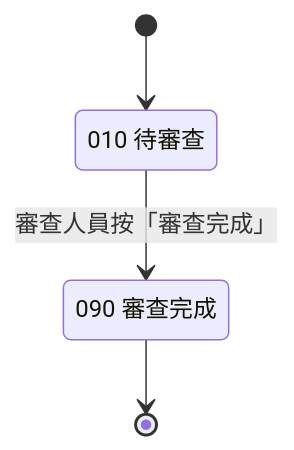
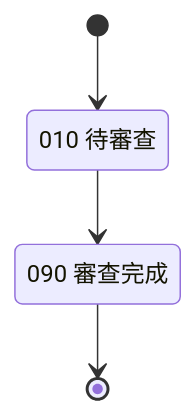
One commit to jonny50905/MCPSample changed the fourth of 4 diagrams in docs/design/spec-schema-framework/examples/gate/input/status-CASE_STATUS.md. Above: the diagram before and after it, drawn with Mermaid. The commit also changed other lines of this file and 42 other files, not shown here.

First line of the commit message:
docs(design): issue #37 不規定 Mermaid 畫法——狀態圖改由三位讀者解讀、外環逐行檢查並多數決（D24）

````diff
--- a/docs/design/spec-schema-framework/examples/gate/input/status-CASE_STATUS.md
+++ b/docs/design/spec-schema-framework/examples/gate/input/status-CASE_STATUS.md
@@ -78,8 +60,8 @@
 ```mermaid
 stateDiagram-v2
     state "010 待審查" as D010
     state "090 審查完成" as D090
     [*] --> D010
-    D010 --> D090 : 審查人員按「審查完成」
+    D010 --> D090
     D090 --> [*]
 ```
````
